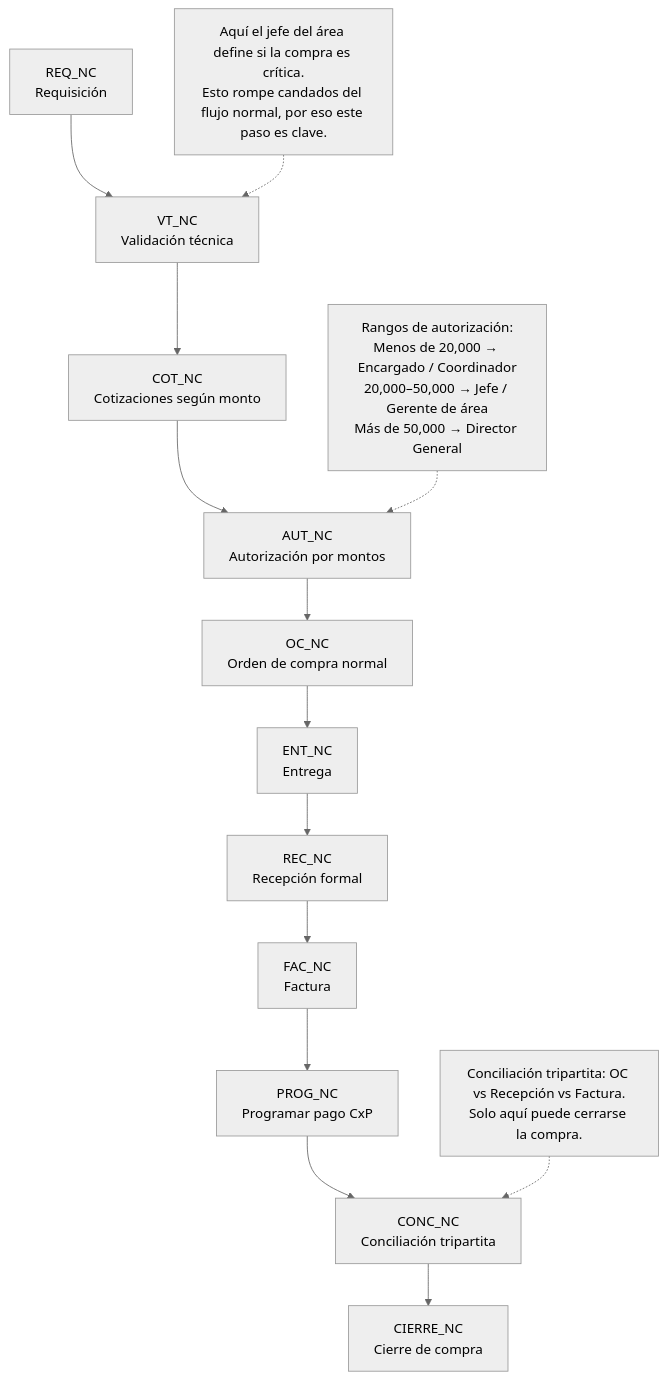
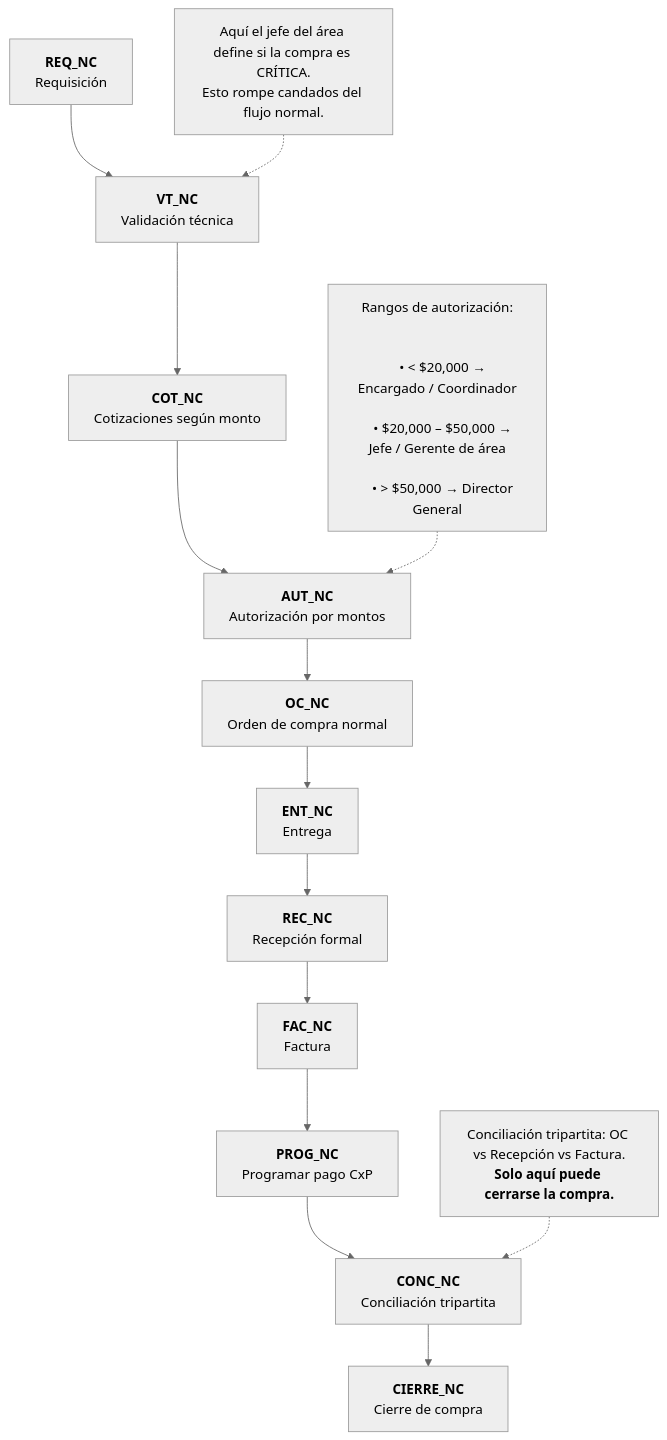
One commit to Joaquin1987/ERP-comaqsa changed the diagram in Compras/DIAGRAMA 1 — NORMAL + CRÉDITO.md. Above: the diagram before and after it, drawn with Mermaid (neutral theme).

Commit message:
Update DIAGRAMA 1 — NORMAL + CRÉDITO.md
Reacomodo de indices

````diff
--- a/Compras/DIAGRAMA 1 — NORMAL + CRÉDITO.md
+++ b/Compras/DIAGRAMA 1 — NORMAL + CRÉDITO.md
@@ -1,26 +1,30 @@
 ```mermaid
 flowchart TD
 
-    A["REQ_NC\nRequisición"]
-    B["VT_NC\nValidación técnica"]
-    C["COT_NC\nCotizaciones según monto"]
-    D["AUT_NC\nAutorización por montos"]
-    E["OC_NC\nOrden de compra normal"]
-    F["ENT_NC\nEntrega"]
-    G["REC_NC\nRecepción formal"]
-    H["FAC_NC\nFactura"]
-    I["PROG_NC\nProgramar pago CxP"]
-    J["CONC_NC\nConciliación tripartita"]
-    K["CIERRE_NC\nCierre de compra"]
+    %% ==== NODOS PRINCIPALES CON ÍNDICE ARRIBA Y EN NEGRITAS ====
+
+    A["<b>REQ_NC</b><br/>Requisición"]
+    B["<b>VT_NC</b><br/>Validación técnica"]
+    C["<b>COT_NC</b><br/>Cotizaciones según monto"]
+    D["<b>AUT_NC</b><br/>Autorización por montos"]
+    E["<b>OC_NC</b><br/>Orden de compra normal"]
+    F["<b>ENT_NC</b><br/>Entrega"]
+    G["<b>REC_NC</b><br/>Recepción formal"]
+    H["<b>FAC_NC</b><br/>Factura"]
+    I["<b>PROG_NC</b><br/>Programar pago CxP"]
+    J["<b>CONC_NC</b><br/>Conciliación tripartita"]
+    K["<b>CIERRE_NC</b><br/>Cierre de compra"]
 
     A --> B --> C --> D --> E --> F --> G --> H --> I --> J --> K
 
-    %% NOTA: Validación técnica = punto donde se define si es CRÍTICA
-    NVT["Aquí el jefe del área define si la compra es crítica.\nEsto rompe candados del flujo normal, por eso este paso es clave."] -.-> B
+    %% ==== NOTAS LATERALES ====
 
-    %% NOTA: Rangos de autorización por montos / responsables
-    NAUT["Rangos de autorización:\nMenos de 20,000 → Encargado / Coordinador\n20,000–50,000 → Jefe / Gerente de área\nMás de 50,000 → Director General"] -.-> D
+    NVT["Aquí el jefe del área define si la compra es CRÍTICA.<br/>Esto rompe candados del flujo normal."] -.-> B
 
-    %% NOTA: Conciliación
-    NCO["Conciliación tripartita: OC vs Recepción vs Factura.\nSolo aquí puede cerrarse la compra."] -.-> J
+    NAUT["Rangos de autorización:<br/><br/>
+    • &lt; $20,000 → Encargado / Coordinador<br/>
+    • $20,000 – $50,000 → Jefe / Gerente de área<br/>
+    • &gt; $50,000 → Director General"] -.-> D
+
+    NCO["Conciliación tripartita: OC vs Recepción vs Factura.<br/><b>Solo aquí puede cerrarse la compra.</b>"] -.-> J
 ```
````
